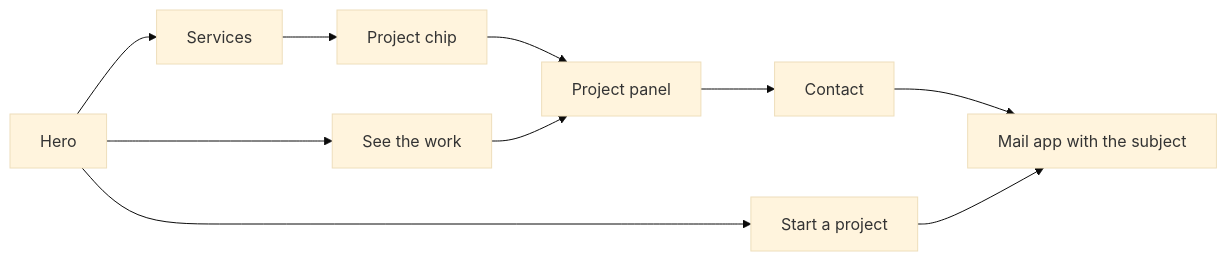
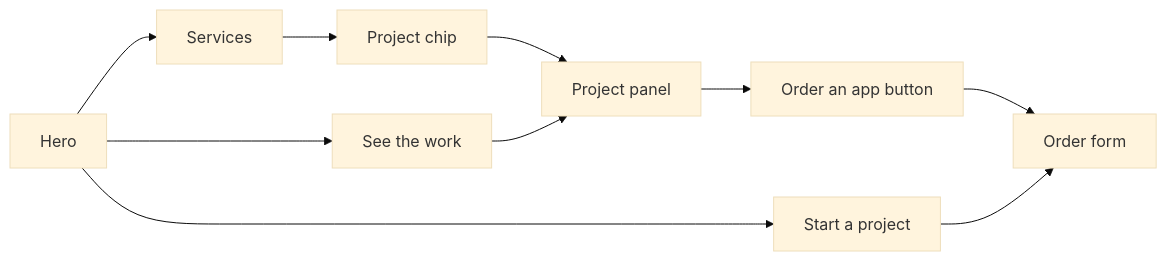
Before and after one commit to workbench-soft/workbench-soft.github.io: the second of 7 diagrams in docs/user-flows.md, drawn with Mermaid (base theme). The commit also changed other lines of this file and 15 other files, not shown here.

Commit message:
Order form: the Contact section takes orders, the corner button scrolls to it

````diff
--- a/docs/user-flows.md
+++ b/docs/user-flows.md
@@ -26,8 +26,8 @@
 ```mermaid
 flowchart LR
   hero["Hero"] --> services["Services"]
   services --> chip["Project chip"] --> panel["Project panel"]
   hero --> work["See the work"] --> panel
-  panel --> contact["Contact"] --> mail["Mail app with the subject"]
-  hero --> start["Start a project"] --> mail
+  panel --> order["Order an app button"] --> form["Order form"]
+  hero --> start["Start a project"] --> form
 ```
````
